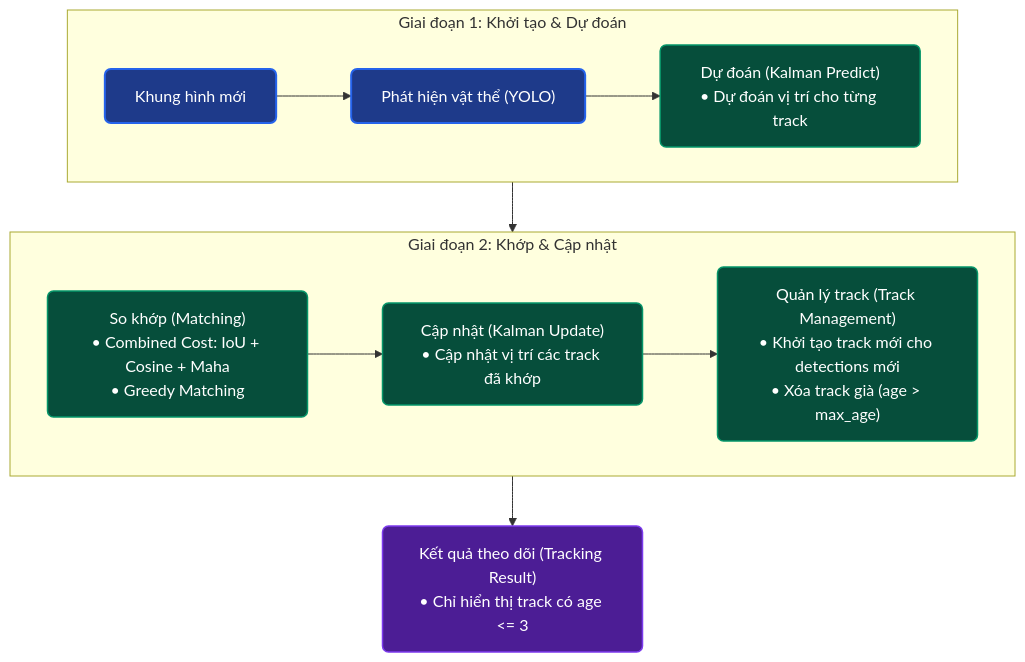
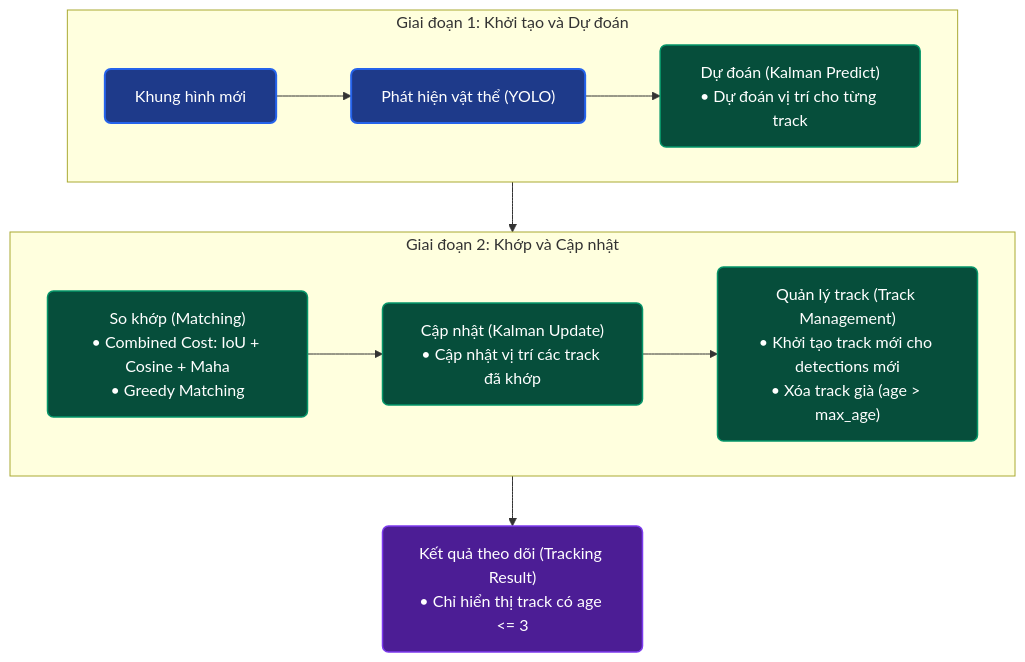
The diagram in code04.md (NagnQyhn217/thigiacmaytinhAnh), drawn with Mermaid before and after one commit.

````diff
--- a/code04.md
+++ b/code04.md
@@ -1,23 +1,23 @@
 ```mermaid
 graph TD
     classDef step stroke:#2563eb,stroke-width:2px,fill:#1e3a8a,color:#ffffff,rx:6px,ry:6px;
     classDef process stroke:#059669,stroke-width:1.5px,fill:#064e3b,color:#ffffff,rx:6px,ry:6px;
     classDef output stroke:#7c3aed,stroke-width:1.5px,fill:#4c1d95,color:#ffffff,rx:6px,ry:6px;
 
-    subgraph HANG1 ["Giai đoạn 1: Khởi tạo & Dự đoán"]
+    subgraph HANG1 ["Giai đoạn 1: Khởi tạo và Dự đoán"]
         direction LR
         A["Khung hình mới"] --> B["Phát hiện vật thể (YOLO)"] --> C["Dự đoán (Kalman Predict)<br>• Dự đoán vị trí cho từng track"]
     end
 
-    subgraph HANG2 ["Giai đoạn 2: Khớp & Cập nhật"]
+    subgraph HANG2 ["Giai đoạn 2: Khớp và Cập nhật"]
         direction LR
         D["So khớp (Matching)<br>• Combined Cost: IoU + Cosine + Maha<br>• Greedy Matching"] --> E["Cập nhật (Kalman Update)<br>• Cập nhật vị trí các track đã khớp"] --> F["Quản lý track (Track Management)<br>• Khởi tạo track mới cho detections mới<br>• Xóa track già (age > max_age)"]
     end
 
     C --> D
     F --> G["Kết quả theo dõi (Tracking Result)<br>• Chỉ hiển thị track có age <= 3"]
 
     class A,B step;
     class C,D,E,F process;
     class G output;
 ```
````
